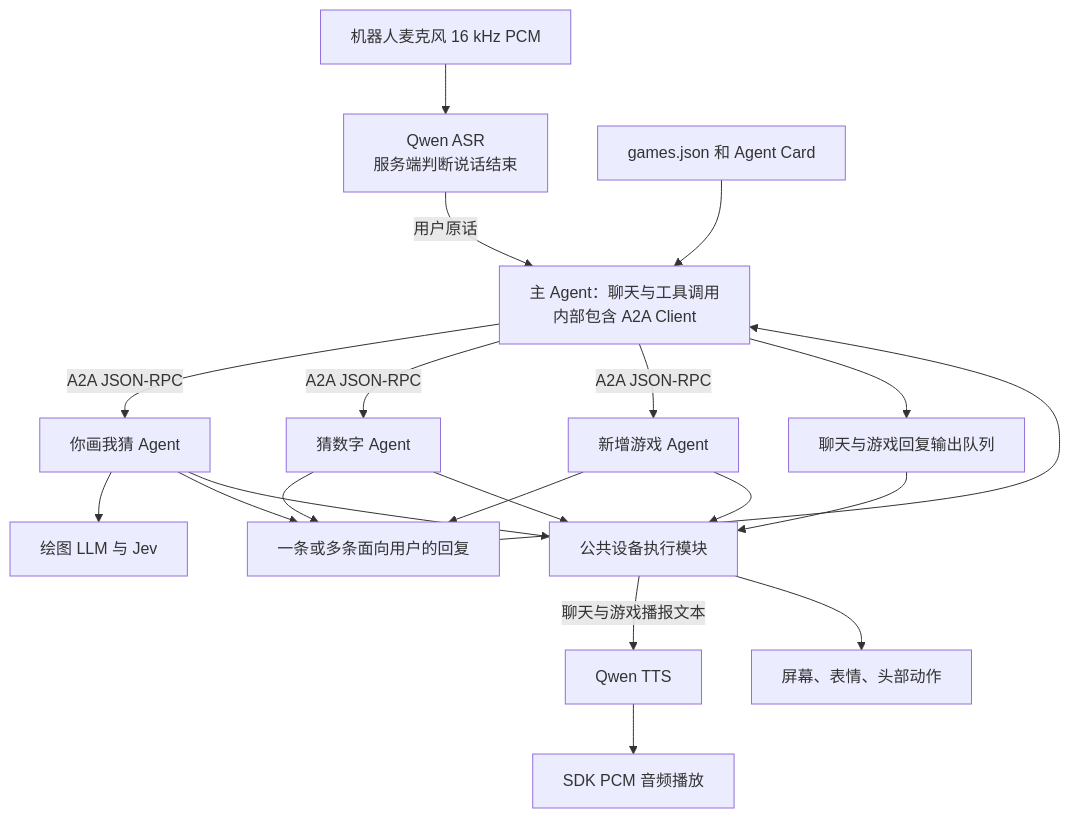
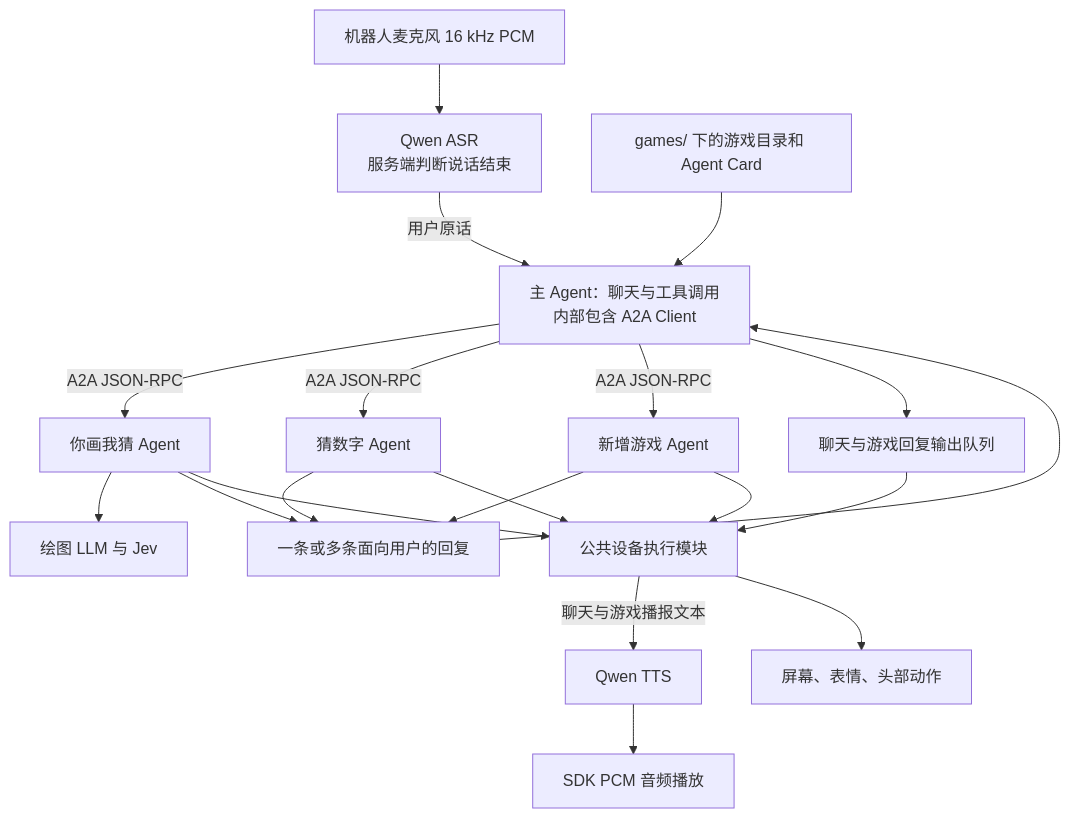
One commit to left0ver/agentcade changed the diagram in README.md. Above: the diagram before and after it, drawn with Mermaid. The commit also changed other lines of this file and 2 other files, not shown here.

First line of the commit message:
feat: 自动接入 games/ 下的游戏目录，新增游戏不用再登记

````diff
--- a/README.md
+++ b/README.md
@@ -127,22 +127,22 @@
 ```mermaid
 flowchart TD
     Mic[机器人麦克风 16 kHz PCM] --> ASR[Qwen ASR\n服务端判断说话结束]
     ASR -->|用户原话| Main[主 Agent：聊天与工具调用\n内部包含 A2A Client]
-    Catalog[games.json 和 Agent Card] --> Main
+    Catalog[games/ 下的游戏目录和 Agent Card] --> Main
     Main -->|A2A JSON-RPC| Animal[你画我猜 Agent]
     Main -->|A2A JSON-RPC| Number[猜数字 Agent]
     Main -->|A2A JSON-RPC| Extension[新增游戏 Agent]
     Animal --> Drawing[绘图 LLM 与 Jev]
     Animal --> Result[一条或多条面向用户的回复]
     Number --> Result
     Extension --> Result
     Main --> Queue[聊天与游戏回复输出队列]
     Queue --> Output[公共设备执行模块]
     Animal --> Output
     Number --> Output
     Extension --> Output
     Result --> Main
     Output -->|聊天与游戏播报文本| Speech[Qwen TTS]
     Speech --> Audio[SDK PCM 音频播放]
     Output --> Device[屏幕、表情、头部动作]
 ```
````
